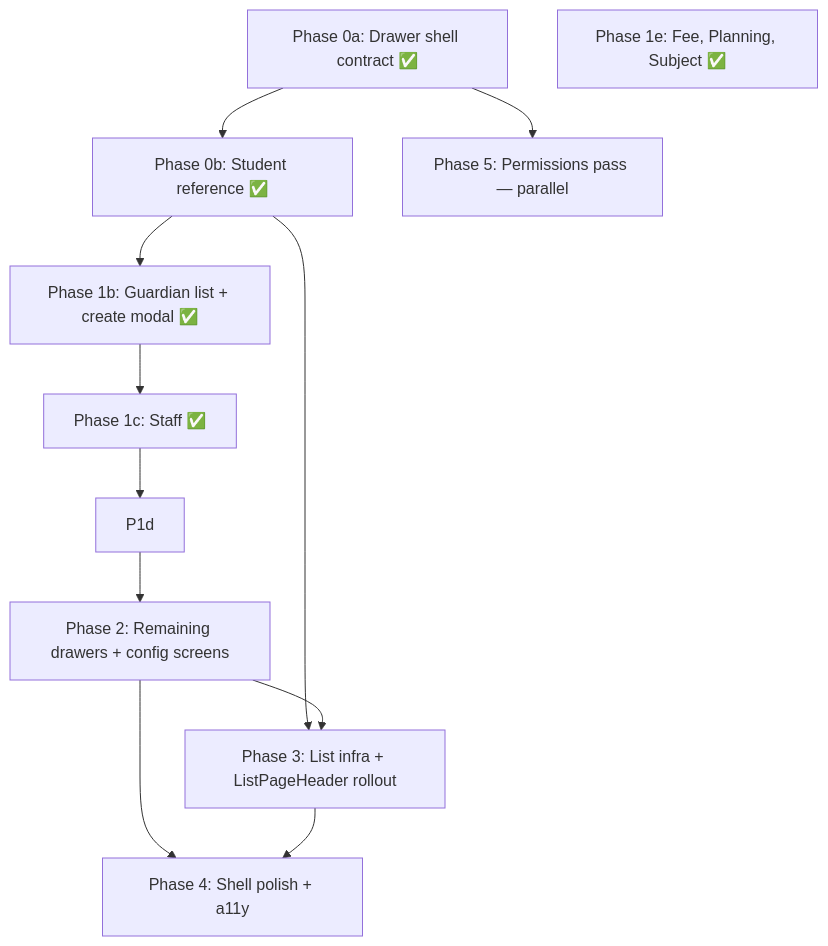
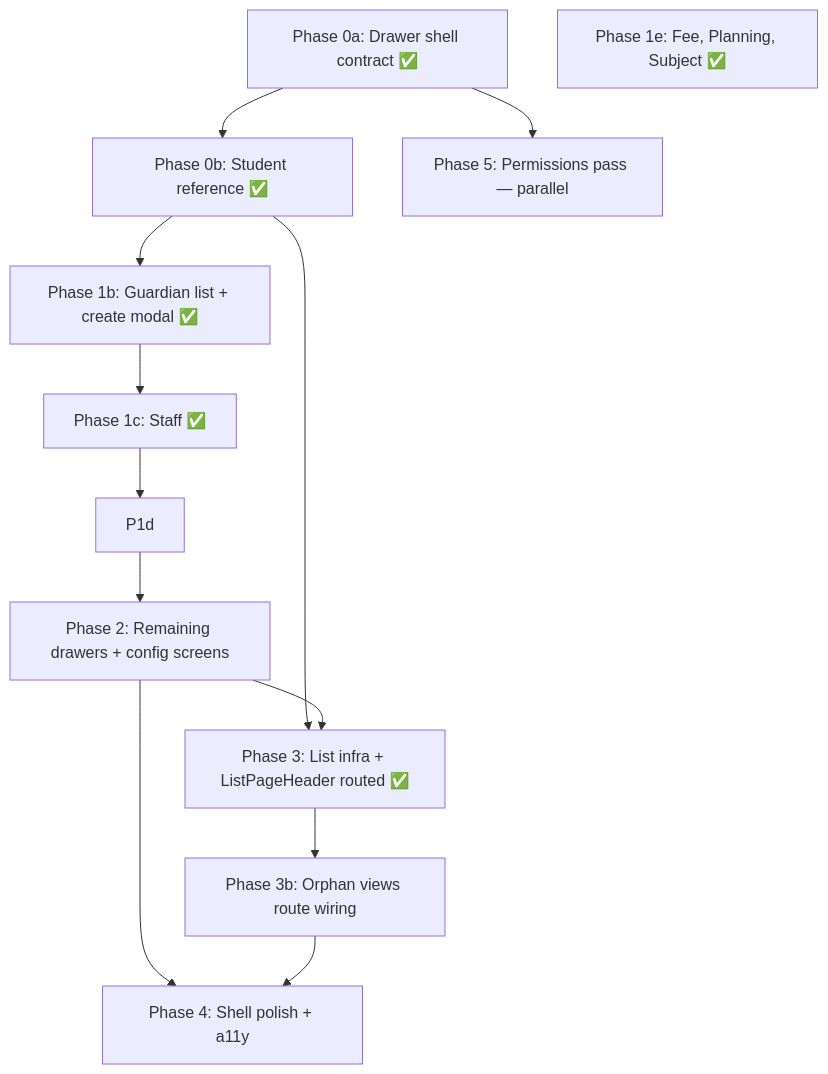
The diagram in sprints/app-shell-gap-closure-plan.md (Maya-Invest/edaya_backend), drawn with Mermaid before and after one commit. The commit also changed other lines of this file and 68 other files, not shown here.

Commit message:
phase 3 - list infra + visual rollout (routed views )

````diff
--- a/sprints/app-shell-gap-closure-plan.md
+++ b/sprints/app-shell-gap-closure-plan.md
@@ -708,23 +736,25 @@
 ```mermaid
 flowchart TD
     P0a[Phase 0a: Drawer shell contract ✅]
     P0b[Phase 0b: Student reference ✅]
     P1b[Phase 1b: Guardian list + create modal ✅]
     P1c[Phase 1c: Staff ✅]
     P1e[Phase 1e: Fee, Planning, Subject ✅]
     P2[Phase 2: Remaining drawers + config screens]
-    P3[Phase 3: List infra + ListPageHeader rollout]
+    P3[Phase 3: List infra + ListPageHeader routed ✅]
+    P3b[Phase 3b: Orphan views route wiring]
     P4[Phase 4: Shell polish + a11y]
     P5[Phase 5: Permissions pass — parallel]
 
     P0a --> P0b
     P0b --> P1b
     P1b --> P1c
     P1c --> P1d
     P1d --> P2
     P0b --> P3
     P2 --> P3
+    P3 --> P3b
     P0a --> P5
     P2 --> P4
-    P3 --> P4
+    P3b --> P4
 ```
````
